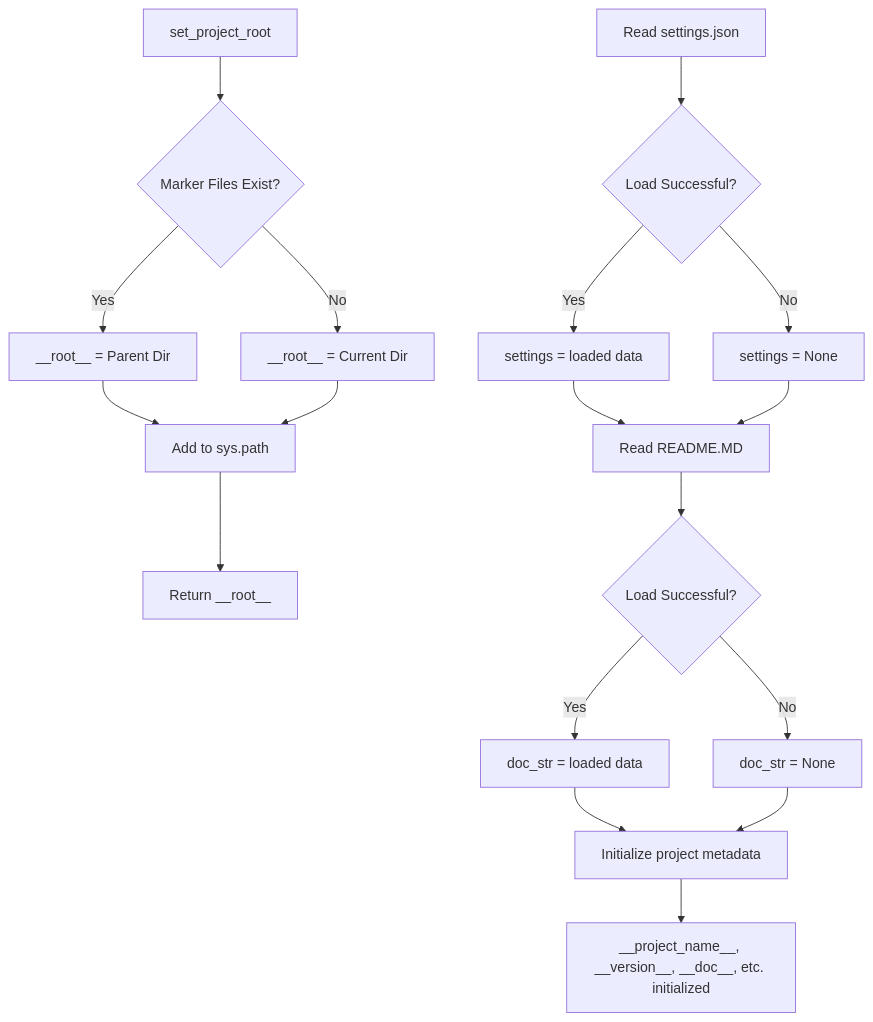
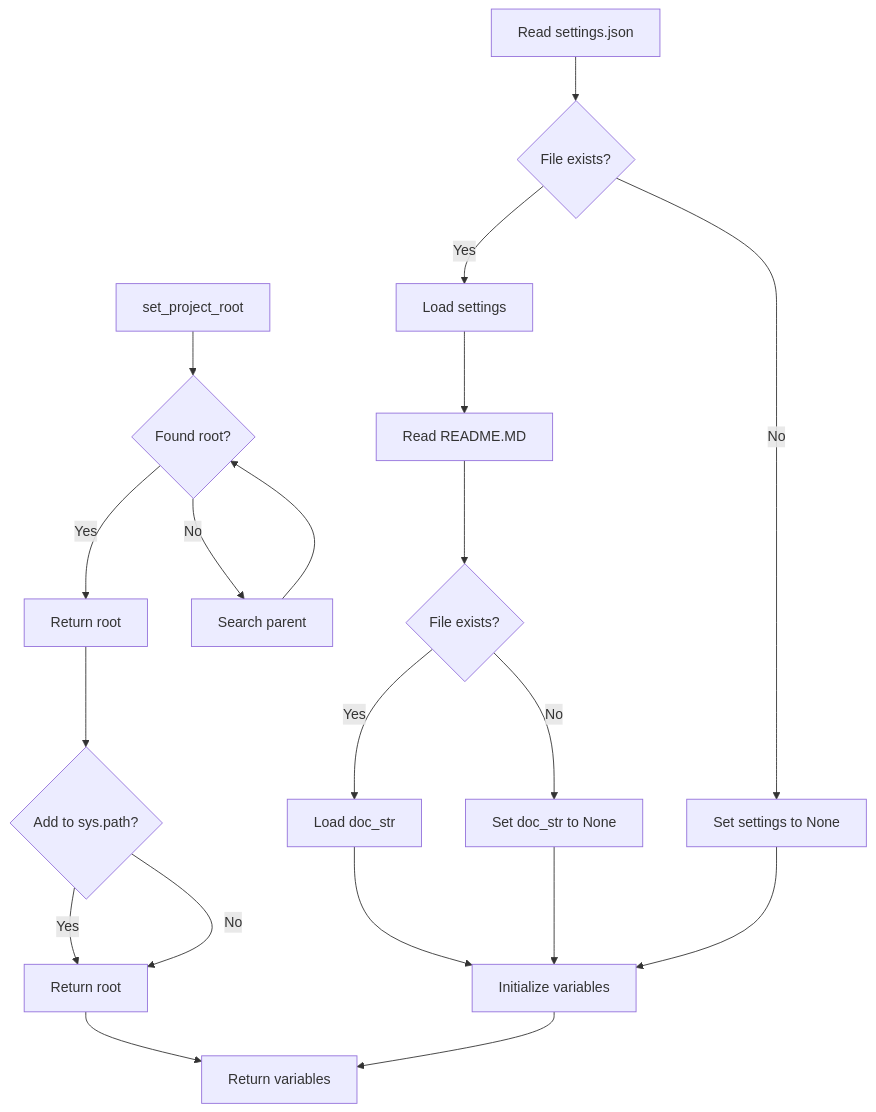
The diagram in docs/gemini/ru/explainer/src/goog/text_to_speech/header.md (hypo69/hypo), drawn with Mermaid before and after one commit. The commit also changed other lines of this file and 468 other files, not shown here.

````diff
--- a/docs/gemini/ru/explainer/src/goog/text_to_speech/header.md
+++ b/docs/gemini/ru/explainer/src/goog/text_to_speech/header.md
@@ -116,21 +107,22 @@
 ```mermaid
 graph TD
-    A[set_project_root] --> B{Marker Files Exist?};
-    B -- Yes --> C[__root__ = Parent Dir];
-    B -- No --> D[__root__ = Current Dir];
-    C --> E[Add to sys.path];
-    D --> E;
-    E --> F[Return __root__];
-    
-    G[Read settings.json] --> H{Load Successful?};
-    H -- Yes --> I[settings = loaded data];
-    H -- No --> J[settings = None];
+    A[set_project_root] --> B{Found root?};
+    B -- Yes --> C[Return root];
+    B -- No --> D[Search parent];
+    D --> B;
+    C --> E{Add to sys.path?};
+    E -- Yes --> F[Return root];
+    E -- No --> F;
+    G[Read settings.json] --> H{File exists?};
+    H -- Yes --> I[Load settings];
+    H -- No --> J[Set settings to None];
     I --> K[Read README.MD];
-    J --> K;
-    K --> L{Load Successful?};
-    L -- Yes --> M[doc_str = loaded data];
-    L -- No --> N[doc_str = None];
-    M --> O[Initialize project metadata];
+    K --> L{File exists?};
+    L -- Yes --> M[Load doc_str];
+    L -- No --> N[Set doc_str to None];
+    M --> O[Initialize variables];
+    O --> P[Return variables];
+    J --> O;
     N --> O;
-    O --> P[__project_name__, __version__, __doc__, etc. initialized];
+    F --> P;
 ```
````
